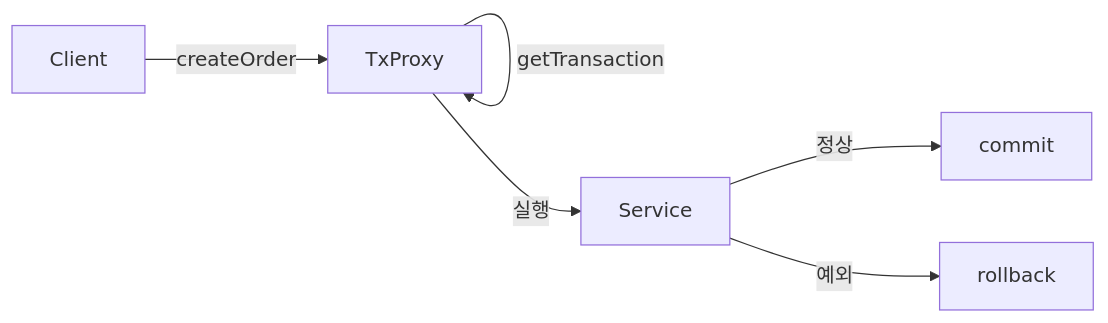
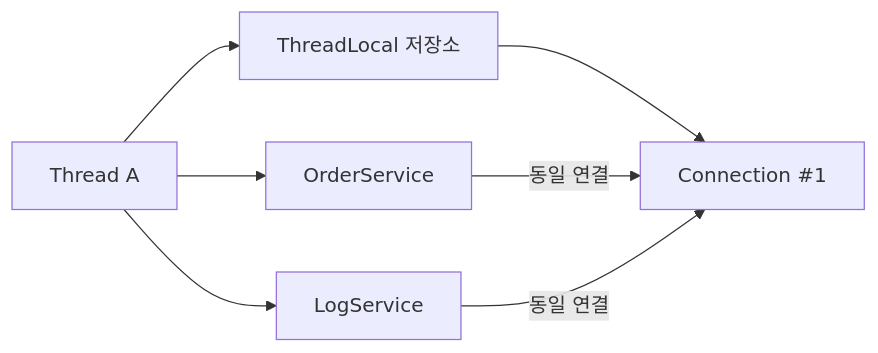
The second of 4 diagrams in _posts/spring/2026-05-01-spring-transaction.md (yjkim2015/yjkim2015.github.io), drawn with Mermaid before and after one commit. The commit also changed other lines of this file and 4 other files, not shown here.

````diff
--- a/_posts/spring/2026-05-01-spring-transaction.md
+++ b/_posts/spring/2026-05-01-spring-transaction.md
@@ -77,8 +144,9 @@
 ```mermaid
 graph LR
-    C["Client"] -->|createOrder| P["TxProxy"]
-    P -->|getTransaction| P
-    P -->|실행| S["Service"]
-    S -->|정상| OK["commit"]
-    S -->|예외| RB["rollback"]
+    TA["Thread A"] --> TSM["ThreadLocal 저장소"]
+    TSM --> C1["Connection #1"]
+    TA --> OS["OrderService"]
+    TA --> LS["LogService"]
+    OS -->|동일 연결| C1
+    LS -->|동일 연결| C1
 ```
````
